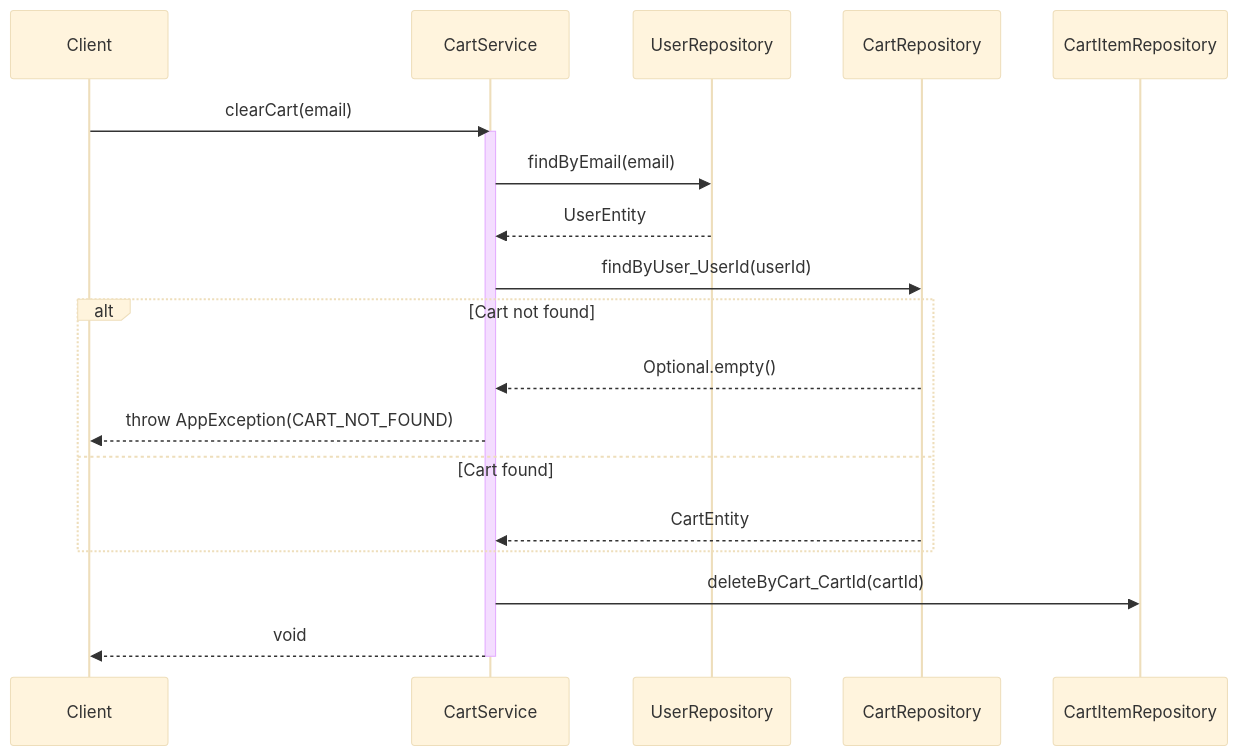
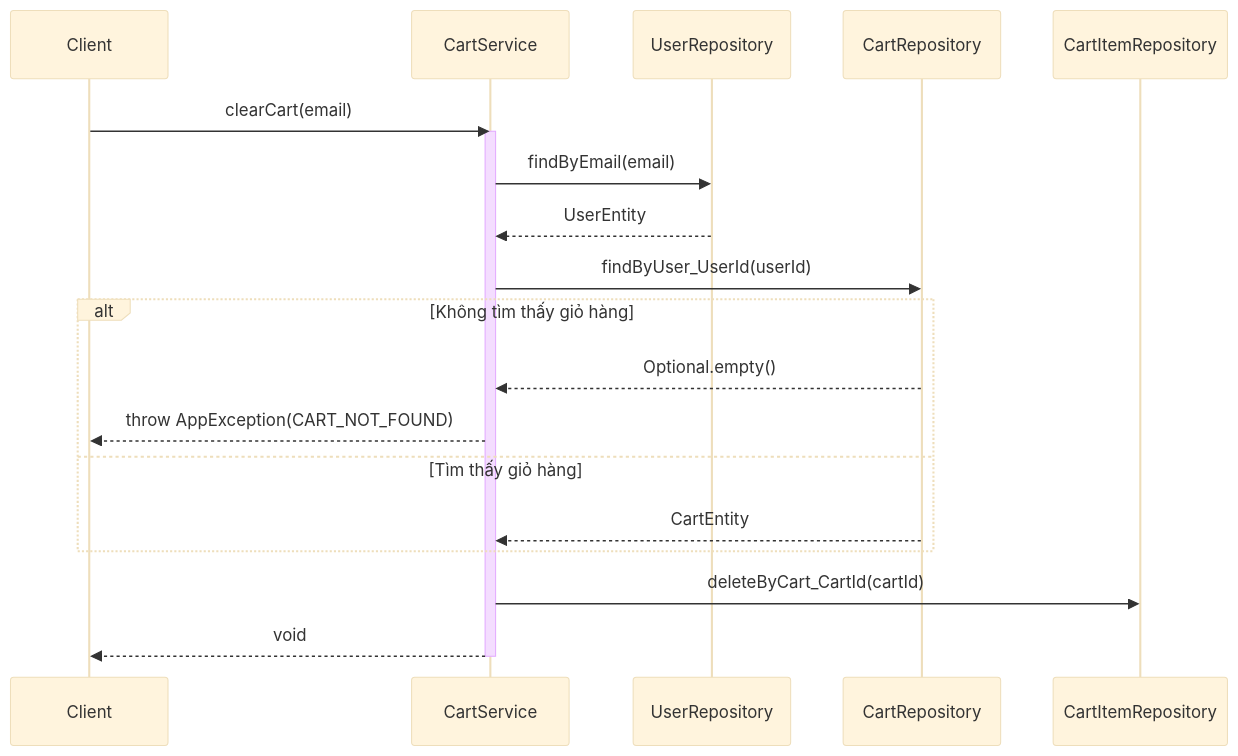
The fifth of 5 diagrams in .agent/sequence/cart_service_sequence_diagrams.md (aquoc09/easymall), drawn with Mermaid (base theme) before and after one commit. The commit also changed other lines of this file and 18 other files, not shown here.

Commit message:
UPDATE: Sequence diagram vietnamese

````diff
--- a/.agent/sequence/cart_service_sequence_diagrams.md
+++ b/.agent/sequence/cart_service_sequence_diagrams.md
@@ -171,27 +171,27 @@
 ```mermaid
 sequenceDiagram
     participant Client
     participant CartService
     participant UserRepository
     participant CartRepository
     participant CartItemRepository
 
     Client->>CartService: clearCart(email)
     activate CartService
 
     CartService->>UserRepository: findByEmail(email)
     UserRepository-->>CartService: UserEntity
 
     CartService->>CartRepository: findByUser_UserId(userId)
-    alt Cart not found
+    alt Không tìm thấy giỏ hàng
         CartRepository-->>CartService: Optional.empty()
         CartService-->>Client: throw AppException(CART_NOT_FOUND)
-    else Cart found
+    else Tìm thấy giỏ hàng
         CartRepository-->>CartService: CartEntity
     end
 
     CartService->>CartItemRepository: deleteByCart_CartId(cartId)
     
     CartService-->>Client: void
     deactivate CartService
 ```
````
